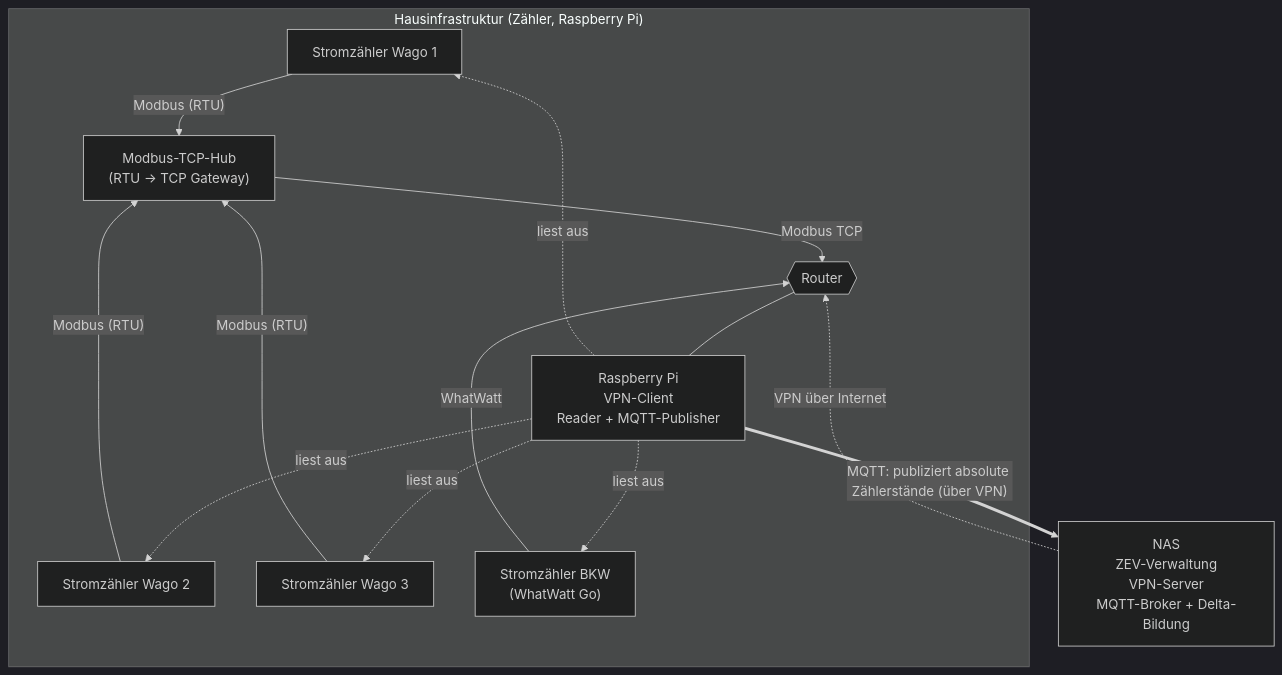
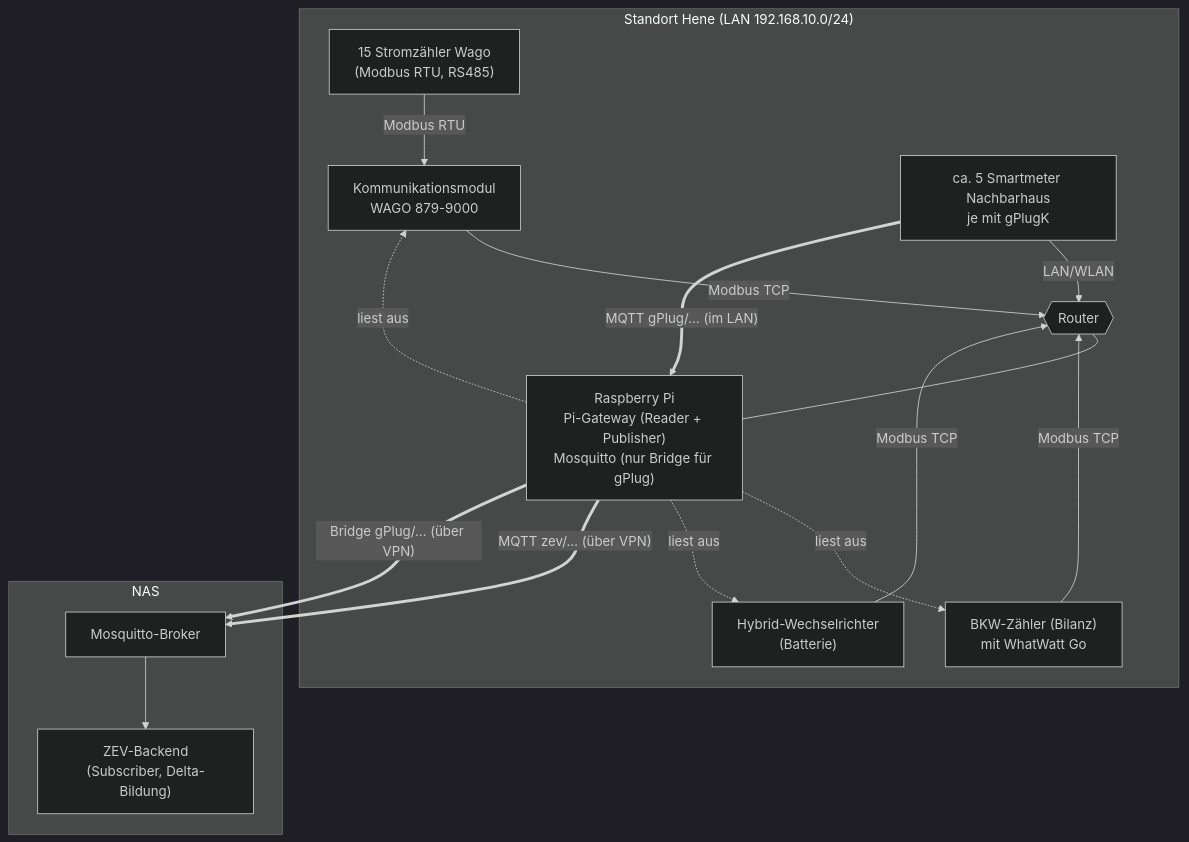
The diagram in docs/Netzwerk-Topologie-Hene.md (ursnacht/ZEV), drawn with Mermaid (dark theme) before and after one commit. The commit also changed other lines of this file and 2 other files, not shown here.

First line of the commit message:
docs: Topologie Hene bereinigt, gPlug-Weg ueber Bridge auf dem Pi

````diff
--- a/docs/Netzwerk-Topologie-Hene.md
+++ b/docs/Netzwerk-Topologie-Hene.md
@@ -3,29 +3,33 @@
 ```mermaid
 flowchart TB
-    subgraph Lokales_Netzwerk["Hausinfrastruktur (Zähler, Raspberry Pi)"]
-        W1["Stromzähler Wago 1"]
-        W2["Stromzähler Wago 2"]
-        W3["Stromzähler Wago 3"]
-        HUB["Modbus-TCP-Hub<br/>(RTU → TCP Gateway)"]
-        BKW["Stromzähler BKW<br/>(WhatWatt Go)"]
+    subgraph Hene["Standort Hene (LAN 192.168.10.0/24)"]
+        WAGO["15 Stromzähler Wago<br/>(Modbus RTU, RS485)"]
+        MOD["Kommunikationsmodul<br/>WAGO 879-9000"]
+        BKW["BKW-Zähler (Bilanz)<br/>mit WhatWatt Go"]
+        WR["Hybrid-Wechselrichter<br/>(Batterie)"]
+        GPLUG["ca. 5 Smartmeter Nachbarhaus<br/>je mit gPlugK"]
         ROUTER{{"Router"}}
-        RPI["Raspberry Pi<br/>VPN-Client<br/>Reader + MQTT-Publisher"]
+        RPI["Raspberry Pi<br/>Pi-Gateway (Reader + Publisher)<br/>Mosquitto (nur Bridge für gPlug)"]
     end
 
-    NAS["NAS<br/>ZEV-Verwaltung<br/>VPN-Server<br/>MQTT-Broker + Delta-Bildung"]
+    subgraph NASBOX["NAS"]
+        BROKER["Mosquitto-Broker"]
+        ZEV["ZEV-Backend<br/>(Subscriber, Delta-Bildung)"]
+    end
 
-    W1 -- "Modbus (RTU)" --> HUB
-    W2 -- "Modbus (RTU)" --> HUB
-    W3 -- "Modbus (RTU)" --> HUB
-    HUB -- "Modbus TCP" --> ROUTER
-    BKW -- "WhatWatt" --> ROUTER
+    WAGO -- "Modbus RTU" --> MOD
+    MOD -- "Modbus TCP" --> ROUTER
+    BKW -- "Modbus TCP" --> ROUTER
+    WR -- "Modbus TCP" --> ROUTER
+    GPLUG -- "LAN/WLAN" --> ROUTER
     ROUTER --- RPI
 
-    RPI -. "liest aus" .-> W1
-    RPI -. "liest aus" .-> W2
-    RPI -. "liest aus" .-> W3
+    RPI -. "liest aus" .-> MOD
     RPI -. "liest aus" .-> BKW
+    RPI -. "liest aus" .-> WR
+    GPLUG == "MQTT gPlug/… (im LAN)" ==> RPI
 
-    NAS -. "VPN über Internet" .-> ROUTER
-    RPI == "MQTT: publiziert absolute Zählerstände (über VPN)" ==> NAS
+    RPI == "MQTT zev/… (über VPN)" ==> BROKER
+    RPI == "Bridge gPlug/… (über VPN)" ==> BROKER
+    BROKER --> ZEV
 ```
````
